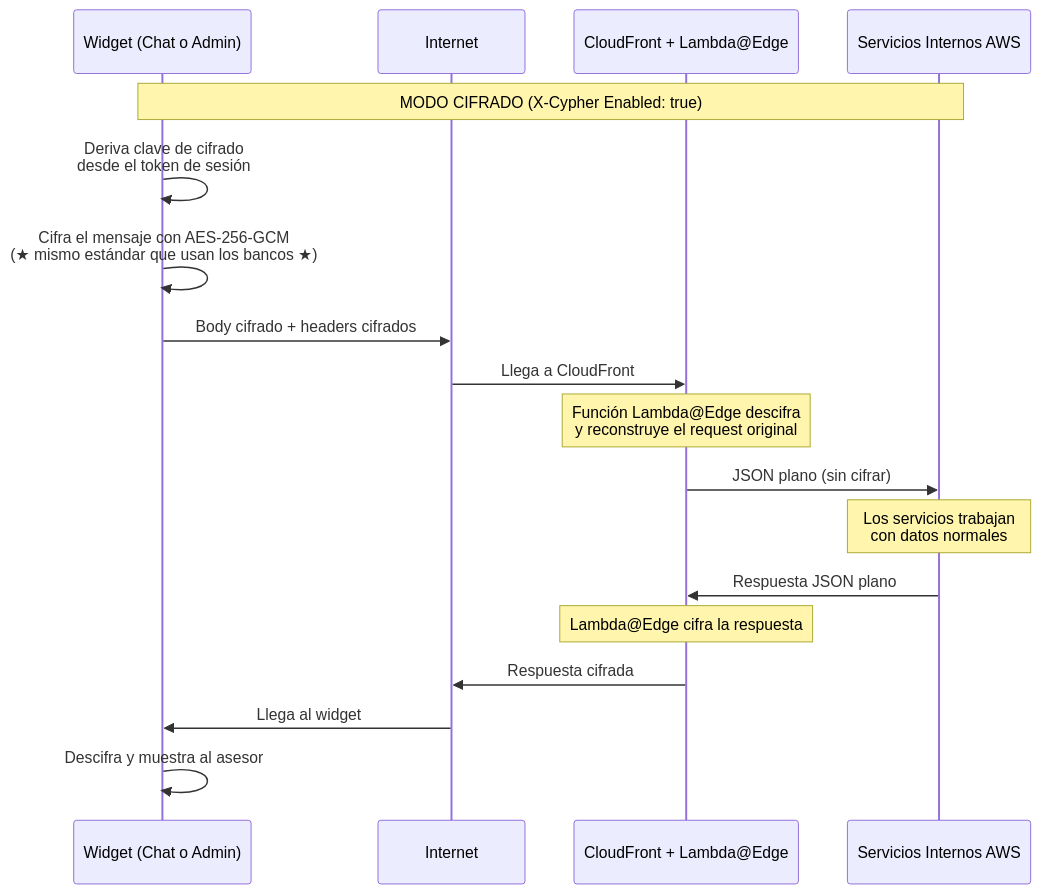
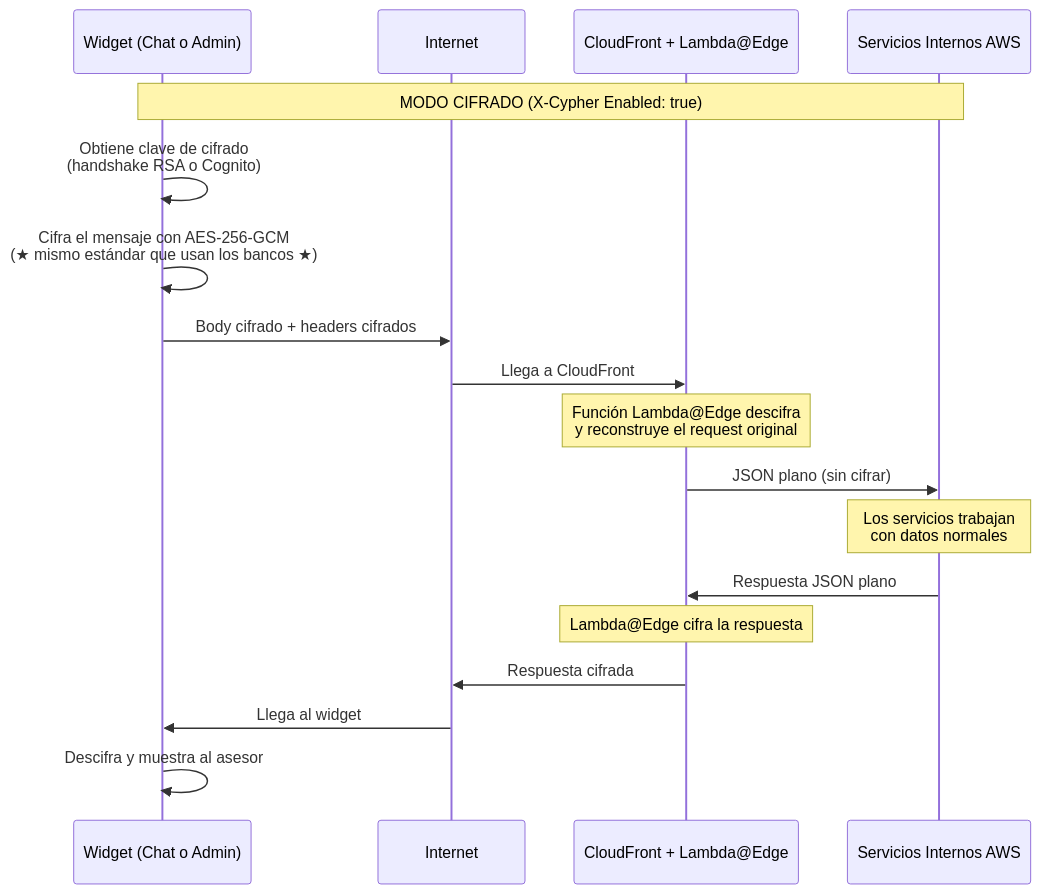
Before and after one commit to johnruedal96/capillas: diagram 14 of 16 in docs/presentacion_tecnica.md, drawn with Mermaid. The commit also changed other lines of this file and 13 other files, not shown here.

````diff
--- a/docs/presentacion_tecnica.md
+++ b/docs/presentacion_tecnica.md
@@ -624,24 +637,24 @@
 ```mermaid
 sequenceDiagram
     participant W as Widget (Chat o Admin)
     participant I as Internet
     participant E as CloudFront + Lambda@Edge
     participant S as Servicios Internos AWS
 
     Note over W,S: MODO CIFRADO (X-Cypher Enabled: true)
 
-    W->>W: Deriva clave de cifrado<br/>desde el token de sesión
+    W->>W: Obtiene clave de cifrado<br/>(handshake RSA o Cognito)
     W->>W: Cifra el mensaje con AES-256-GCM<br/>(★ mismo estándar que usan los bancos ★)
     W->>I: Body cifrado + headers cifrados
     I->>E: Llega a CloudFront
 
     Note over E: Función Lambda@Edge descifra<br/>y reconstruye el request original
     E->>S: JSON plano (sin cifrar)
     Note over S: Los servicios trabajan<br/>con datos normales
 
     S->>E: Respuesta JSON plano
     Note over E: Lambda@Edge cifra la respuesta
     E->>I: Respuesta cifrada
     I->>W: Llega al widget
     W->>W: Descifra y muestra al asesor
 ```
````
